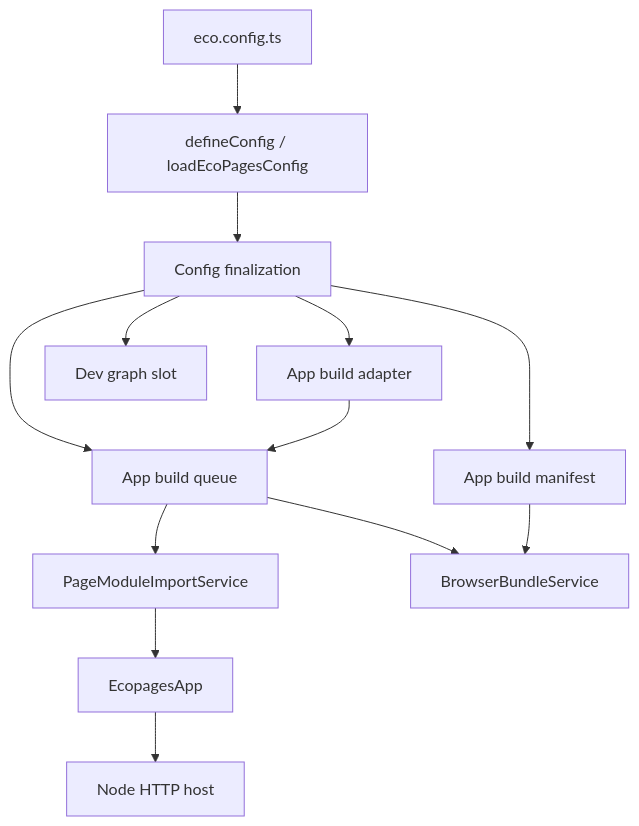
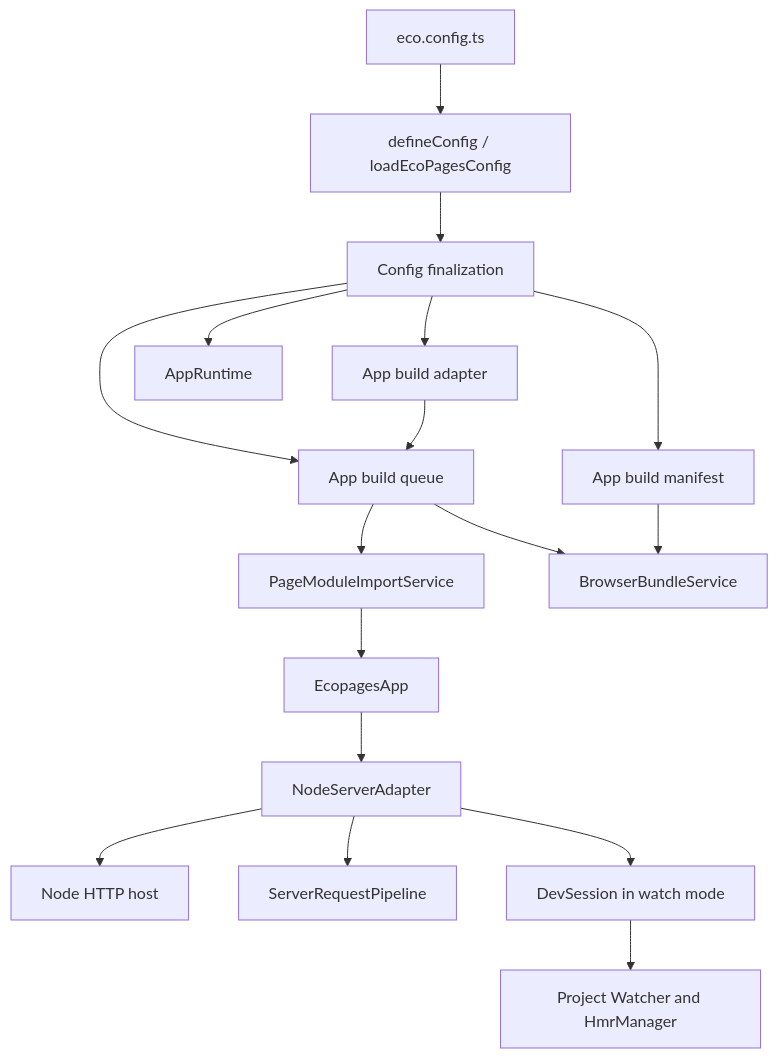
Before and after one commit to ecopages/ecopages: the first of 2 diagrams in packages/core/README.md, drawn with Mermaid. The commit also changed other lines of this file and 40 other files, not shown here.

First line of the commit message:
refactor(core): consolidate server and dev lifecycles

````diff
--- a/packages/core/README.md
+++ b/packages/core/README.md
@@ -40,15 +41,19 @@
 ```mermaid
 flowchart TD
 	A[eco.config.ts] --> B[defineConfig / loadEcoPagesConfig]
 	B --> C[Config finalization]
 	C --> D[App build adapter]
 	C --> E[App build manifest]
 	C --> F[App build queue]
-	C --> G[Dev graph slot]
+	C --> G[AppRuntime]
 	D --> F
 	F --> I[PageModuleImportService]
 	F --> J[BrowserBundleService]
 	I --> K[EcopagesApp]
-	K --> L[Node HTTP host]
+	K --> L[NodeServerAdapter]
+	L --> M[Node HTTP host]
+	L --> N[ServerRequestPipeline]
+	L --> O[DevSession in watch mode]
+	O --> P[Project Watcher and HmrManager]
 	E --> J
 ```
````
